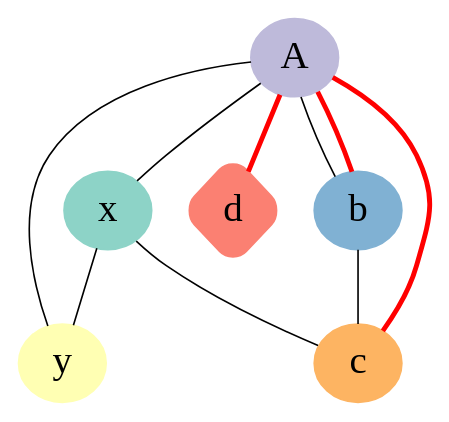
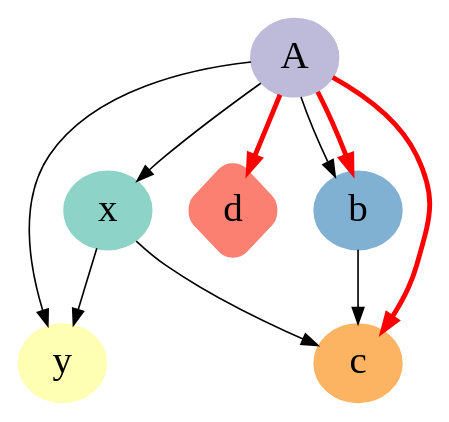
The diagram in docs/guide/graph1.dot (avimehenwal/mydocs), drawn with Graphviz before and after one commit. The commit also changed 6 other files, not shown here.

```diff
--- a/docs/guide/graph1.dot
+++ b/docs/guide/graph1.dot
@@ -1,19 +1,18 @@
-graph test123 {
-    graph [fontsize=24];
-    edge [fontsize=24];
+digraph test123 {
+    // common attributes
     node [fontsize=24, colorscheme=set312, style=filled];
 
     x [color=1];
     y [color=2];
     a [label = "A", color=3,];
     d [color=4,style="rounded,filled", shape=diamond]
     b [color=5];
     c [color=6];
-    a -- b -- c;
-    a -- {x y};
-    x -- c [w=10.0];
-    x -- y [w=5.0,len=3];
+    a -> b -> c;
+    a -> {x y};
+    x -> c [w=10.0];
+    x -> y [w=5.0,len=3];
     edge [style="setlinewidth(3)", color=red];
     edge [len=3];
-    a -- { b c d };
+    a -> { b c d };
 }
```
